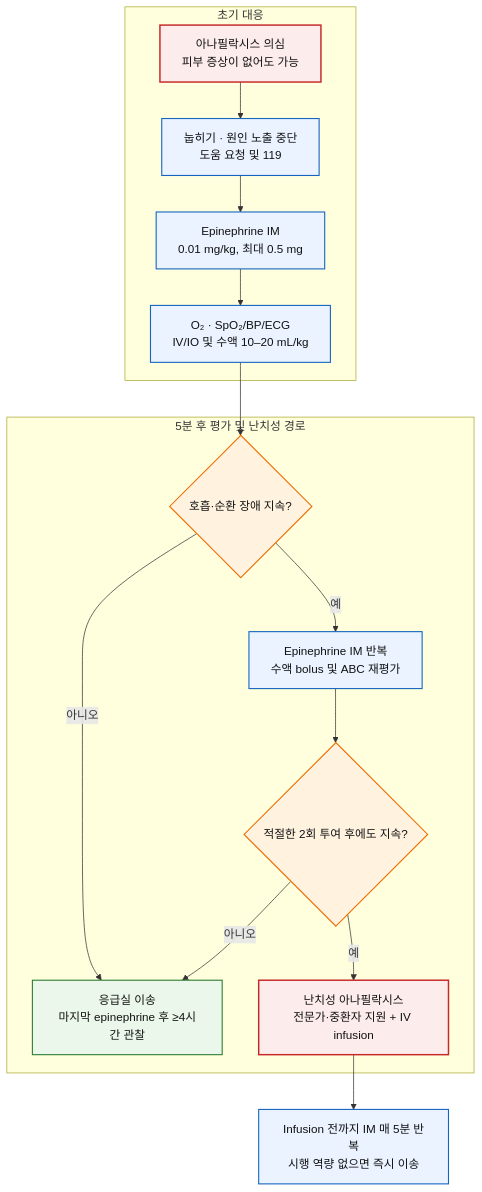
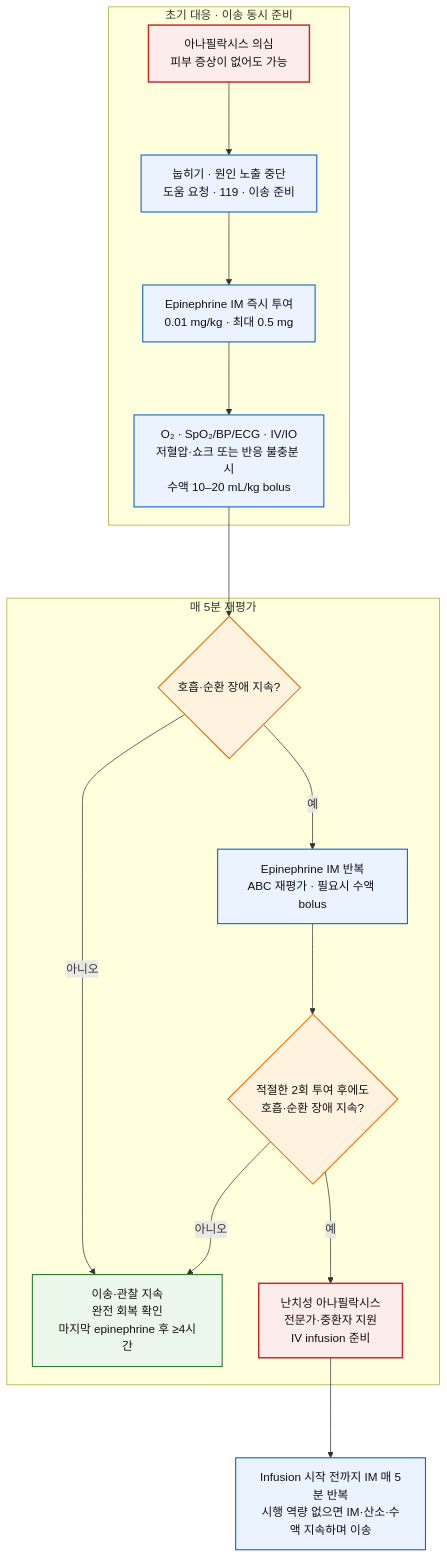
The diagram in 230_/188_-anaphylaxis.md (familyoh77/familyoh77), drawn with Mermaid before and after one commit. The commit also changed other lines of this file, not shown here.

````diff
--- a/230_/188_-anaphylaxis.md
+++ b/230_/188_-anaphylaxis.md
@@ -106,25 +123,25 @@
 ```mermaid
 flowchart TD
-    subgraph I["초기 대응"]
-        A["아나필락시스 의심<br/>피부 증상이 없어도 가능"] --> B["눕히기 · 원인 노출 중단<br/>도움 요청 및 119"]
-        B --> C["Epinephrine IM<br/>0.01 mg/kg, 최대 0.5 mg"]
-        C --> D["O₂ · SpO₂/BP/ECG<br/>IV/IO 및 수액 10–20 mL/kg"]
+    subgraph I["초기 대응 · 이송 동시 준비"]
+        A["아나필락시스 의심<br/>피부 증상이 없어도 가능"] ---> B["눕히기 · 원인 노출 중단<br/>도움 요청 · 119 · 이송 준비"]
+        B ---> C["Epinephrine IM 즉시 투여<br/>0.01 mg/kg · 최대 0.5 mg"]
+        C ---> D["O₂ · SpO₂/BP/ECG · IV/IO<br/>저혈압·쇼크 또는 반응 불충분 시<br/>수액 10–20 mL/kg bolus"]
     end
-    subgraph R["5분 후 평가 및 난치성 경로"]
-        E{"호흡·순환 장애 지속?"} -->|"아니오"| F["응급실 이송<br/>마지막 epinephrine 후 ≥4시간 관찰"]
-        E -->|"예"| G["Epinephrine IM 반복<br/>수액 bolus 및 ABC 재평가"]
-        G --> H{"적절한 2회 투여 후에도 지속?"}
-        H -->|"아니오"| F
-        H -->|"예"| J["난치성 아나필락시스<br/>전문가·중환자 지원 + IV infusion"]
+    subgraph R["매 5분 재평가"]
+        E{"호흡·순환 장애 지속?"} --->|"아니오"| F["이송·관찰 지속<br/>완전 회복 확인<br/>마지막 epinephrine 후 ≥4시간"]
+        E --->|"예"| G["Epinephrine IM 반복<br/>ABC 재평가 · 필요시 수액 bolus"]
+        G ---> H{"적절한 2회 투여 후에도<br/>호흡·순환 장애 지속?"}
+        H --->|"아니오"| F
+        H --->|"예"| J["난치성 아나필락시스<br/>전문가·중환자 지원<br/>IV infusion 준비"]
     end
-    D --> E
-    J --> K["Infusion 전까지 IM 매 5분 반복<br/>시행 역량 없으면 즉시 이송"]
+    D ---> E
+    J ---> K["Infusion 시작 전까지 IM 매 5분 반복<br/>시행 역량 없으면 IM·산소·수액 지속하며 이송"]
     classDef danger fill:#FDECEC,stroke:#C62828,color:#111,stroke-width:2px;
     classDef action fill:#EAF3FF,stroke:#1565C0,color:#111,stroke-width:1.5px;
     classDef decision fill:#FFF3E0,stroke:#EF6C00,color:#111,stroke-width:1.5px;
     classDef disposition fill:#EAF7EA,stroke:#2E7D32,color:#111,stroke-width:1.5px;
     class A,J danger;
     class B,C,D,G,K action;
     class E,H decision;
     class F disposition;
 ```
````
